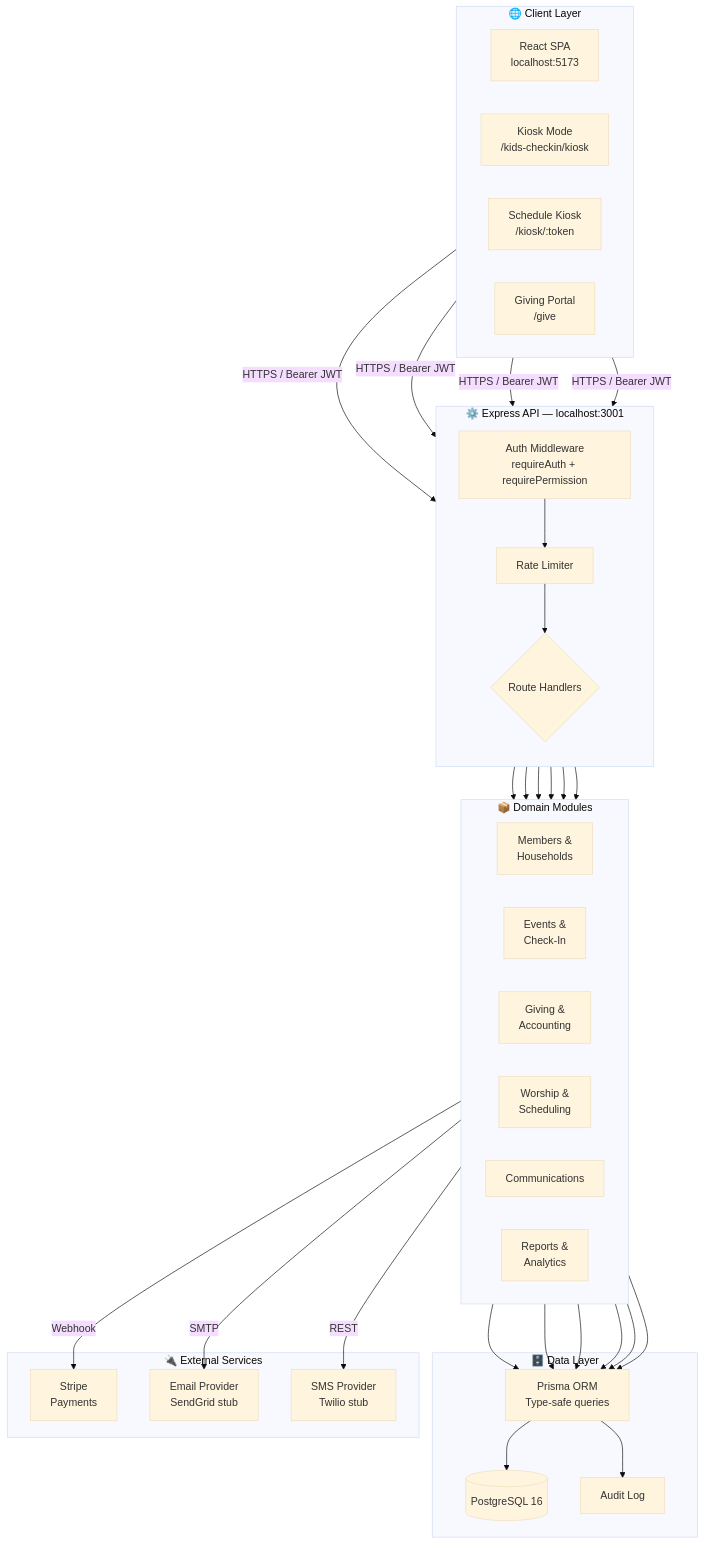
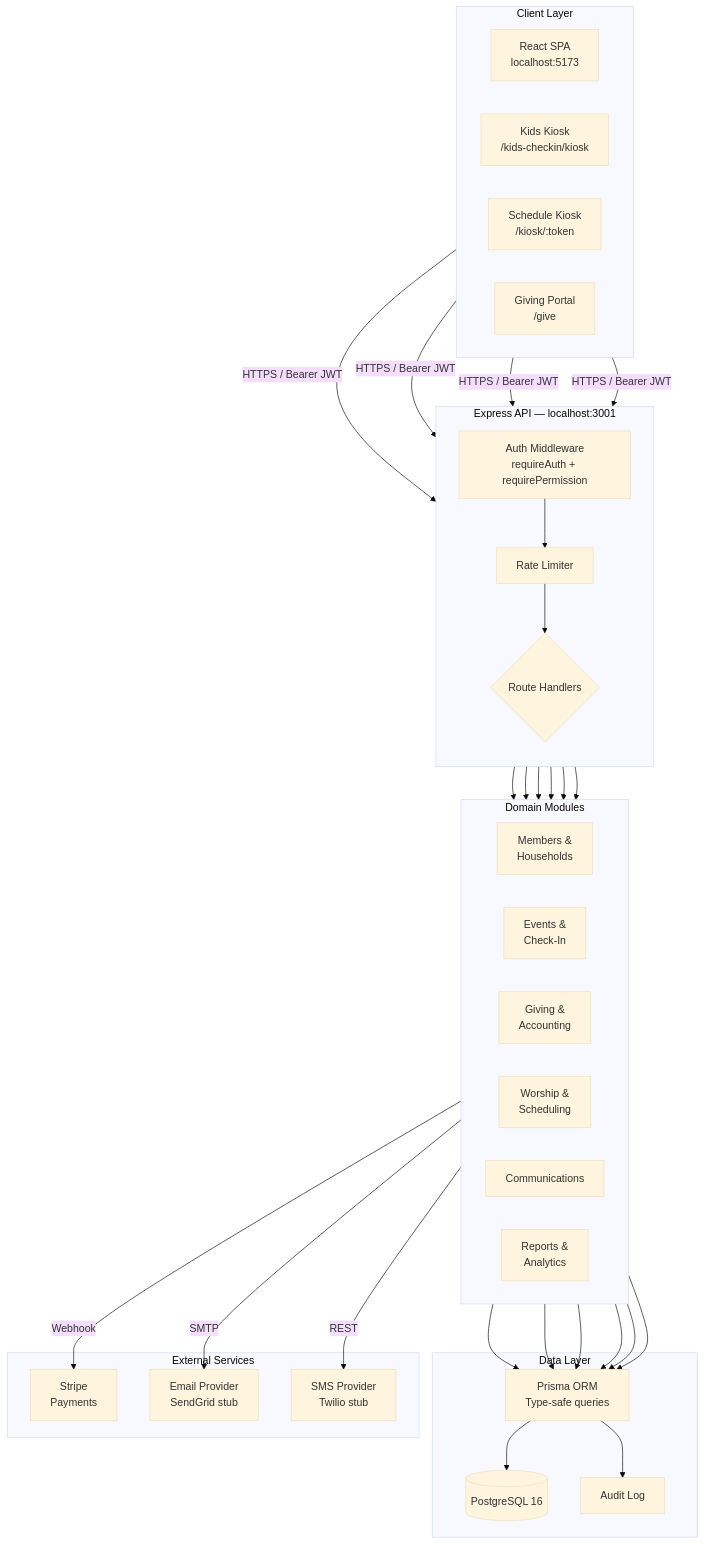
One commit to 24Skater/StewardChMS changed the first of 7 diagrams in README.md. Above: the diagram before and after it, drawn with Mermaid (base theme). The commit also changed other lines of this file and 22 other files, not shown here.

````diff
--- a/README.md
+++ b/README.md
@@ -221,49 +201,49 @@
 ```mermaid
 graph TB
-    subgraph Client["🌐 Client Layer"]
+    subgraph Client["Client Layer"]
         direction LR
         A[React SPA<br/>localhost:5173]
-        B[Kiosk Mode<br/>/kids-checkin/kiosk]
+        B[Kids Kiosk<br/>/kids-checkin/kiosk]
         C[Schedule Kiosk<br/>/kiosk/:token]
         D[Giving Portal<br/>/give]
     end
 
-    subgraph Gateway["⚙️ Express API — localhost:3001"]
+    subgraph Gateway["Express API — localhost:3001"]
         direction TB
         E[Auth Middleware<br/>requireAuth + requirePermission]
         F[Rate Limiter]
         G{Route Handlers}
     end
 
-    subgraph Domains["📦 Domain Modules"]
+    subgraph Domains["Domain Modules"]
         direction LR
         H[Members &<br/>Households]
         I[Events &<br/>Check-In]
         J[Giving &<br/>Accounting]
         K[Worship &<br/>Scheduling]
         L[Communications]
         M[Reports &<br/>Analytics]
     end
 
-    subgraph Data["🗄️ Data Layer"]
+    subgraph Data["Data Layer"]
         N[(PostgreSQL 16)]
         O[Prisma ORM<br/>Type-safe queries]
         P[Audit Log]
     end
 
-    subgraph External["🔌 External Services"]
+    subgraph External["External Services"]
         Q[Stripe<br/>Payments]
         R[Email Provider<br/>SendGrid stub]
         S[SMS Provider<br/>Twilio stub]
     end
 
     A & B & C & D -->|HTTPS / Bearer JWT| E
     E --> F --> G
     G --> H & I & J & K & L & M
     H & I & J & K & L & M --> O
     O --> N
     O --> P
     J -->|Webhook| Q
     L -->|SMTP| R
     L -->|REST| S
 ```
````
